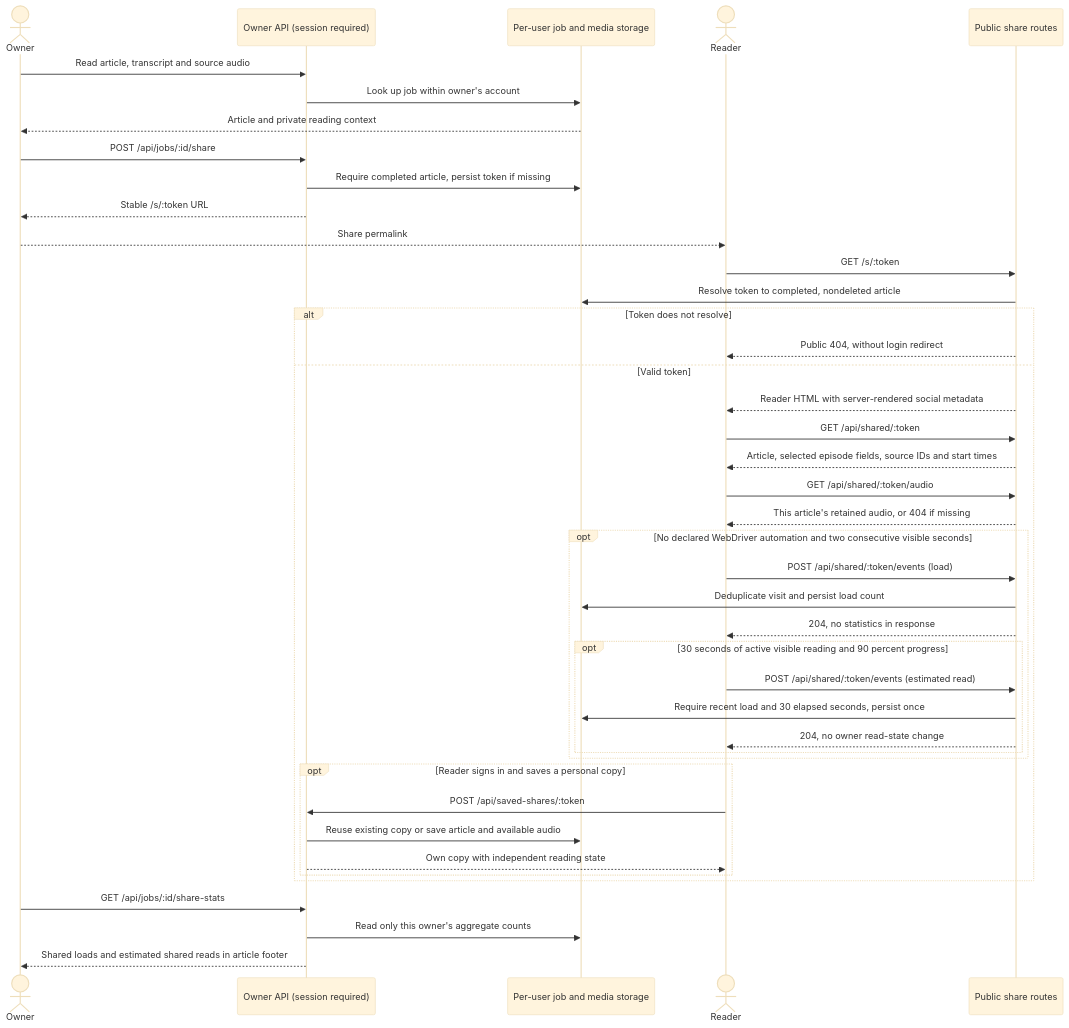
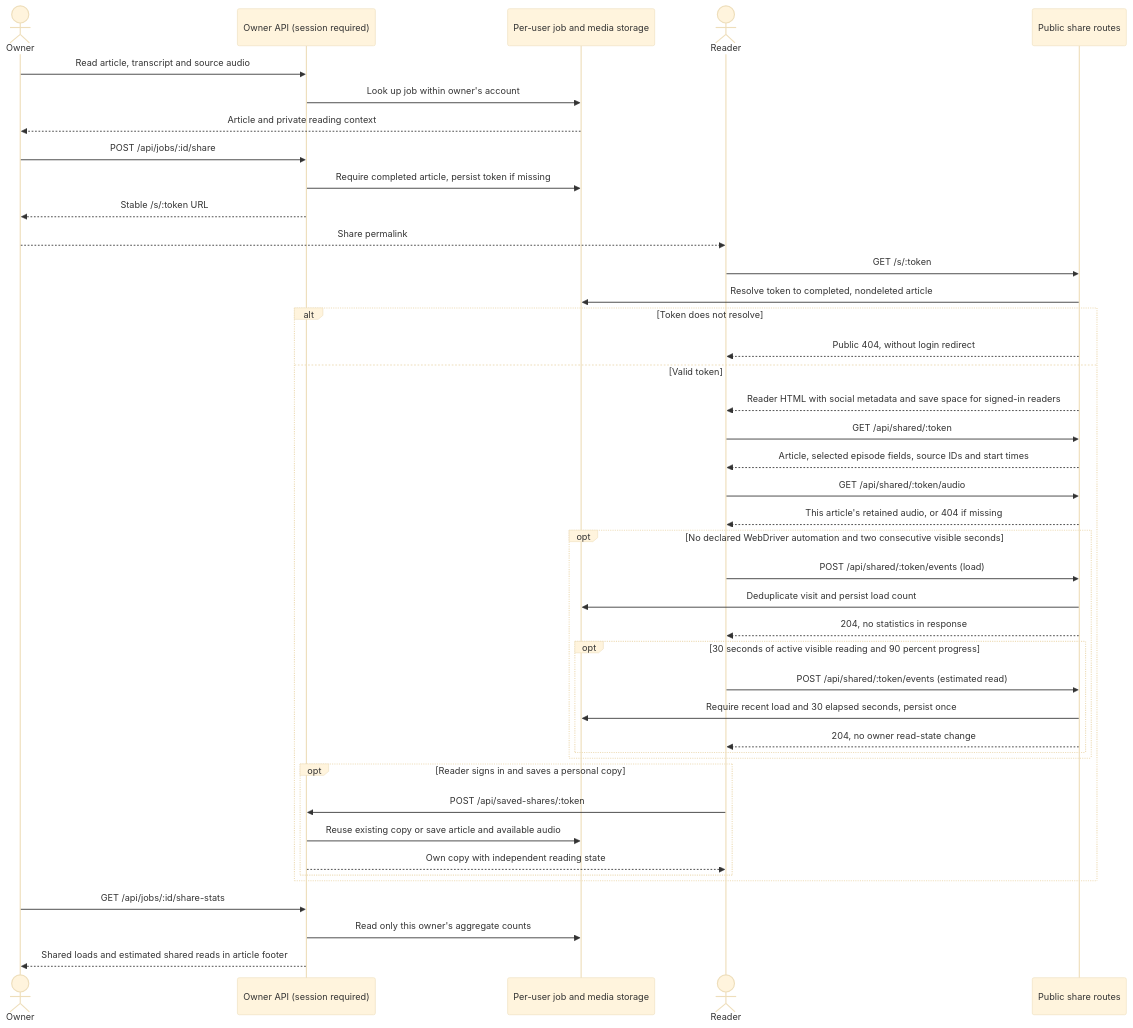
One commit to rogierslag/podcast2article changed the fourth of 6 diagrams in docs/SERVICE-FLOWS.md. Above: the diagram before and after it, drawn with Mermaid (base theme). The commit also changed other lines of this file and 12 other files, not shown here.

````diff
--- a/docs/SERVICE-FLOWS.md
+++ b/docs/SERVICE-FLOWS.md
@@ -165,44 +165,44 @@
 ```mermaid
 sequenceDiagram
     actor Owner
     participant Private as Owner API (session required)
     participant Store as Per-user job and media storage
     actor Reader
     participant Public as Public share routes
     Owner->>Private: Read article, transcript and source audio
     Private->>Store: Look up job within owner's account
     Store-->>Owner: Article and private reading context
     Owner->>Private: POST /api/jobs/:id/share
     Private->>Store: Require completed article, persist token if missing
     Private-->>Owner: Stable /s/:token URL
     Owner-->>Reader: Share permalink
     Reader->>Public: GET /s/:token
     Public->>Store: Resolve token to completed, nondeleted article
     alt Token does not resolve
         Public-->>Reader: Public 404, without login redirect
     else Valid token
-        Public-->>Reader: Reader HTML with server-rendered social metadata
+        Public-->>Reader: Reader HTML with social metadata and save space for signed-in readers
         Reader->>Public: GET /api/shared/:token
         Public-->>Reader: Article, selected episode fields, source IDs and start times
         Reader->>Public: GET /api/shared/:token/audio
         Public-->>Reader: This article's retained audio, or 404 if missing
         opt No declared WebDriver automation and two consecutive visible seconds
             Reader->>Public: POST /api/shared/:token/events (load)
             Public->>Store: Deduplicate visit and persist load count
             Public-->>Reader: 204, no statistics in response
             opt 30 seconds of active visible reading and 90 percent progress
                 Reader->>Public: POST /api/shared/:token/events (estimated read)
                 Public->>Store: Require recent load and 30 elapsed seconds, persist once
                 Public-->>Reader: 204, no owner read-state change
             end
         end
         opt Reader signs in and saves a personal copy
             Reader->>Private: POST /api/saved-shares/:token
             Private->>Store: Reuse existing copy or save article and available audio
             Private-->>Reader: Own copy with independent reading state
         end
     end
     Owner->>Private: GET /api/jobs/:id/share-stats
     Private->>Store: Read only this owner's aggregate counts
     Private-->>Owner: Shared loads and estimated shared reads in article footer
 ```
````
